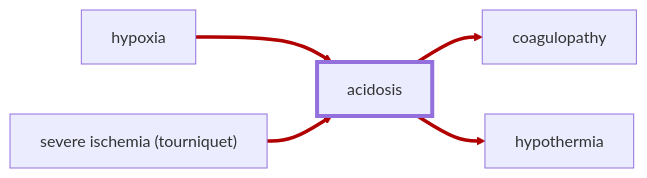
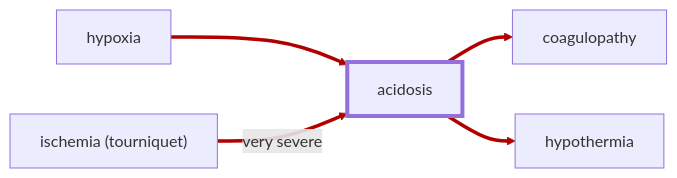
The diagram in docs/wiki/injuries/acidosis.md (frederik-hoeft/rimworld-more-injuries), drawn with Mermaid before and after one commit. The commit also changed 9 other files, not shown here.

````diff
--- a/docs/wiki/injuries/acidosis.md
+++ b/docs/wiki/injuries/acidosis.md
@@ -16,15 +16,15 @@
 ```mermaid
 ---
 config:
   flowchart:
     htmlLabels: true
 ---
 graph LR;
   hypoxia[hypoxia] ==> acidosis[acidosis];
-  ischemia["severe ischemia (tourniquet)"] ==> acidosis;
+  ischemia["ischemia (tourniquet)"] ==> | very severe | acidosis;
   acidosis ==> coagulopathy[coagulopathy];
   acidosis ==> hypothermia[hypothermia];
 
   linkStyle 0,1,2,3 stroke: #b10000
   style acidosis stroke-width: 4px
 ```
````
